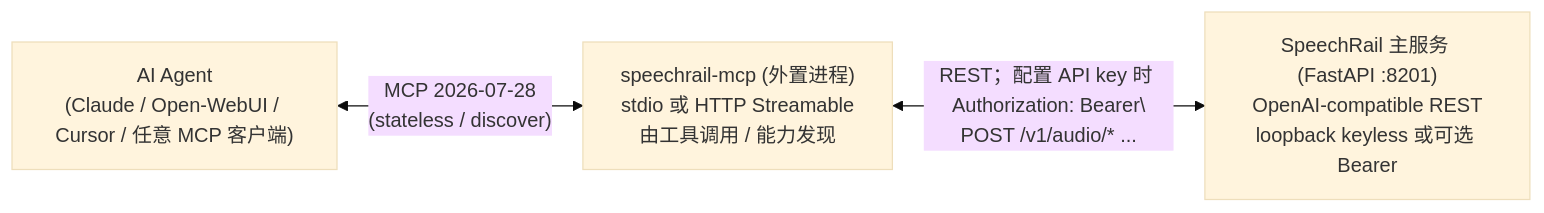
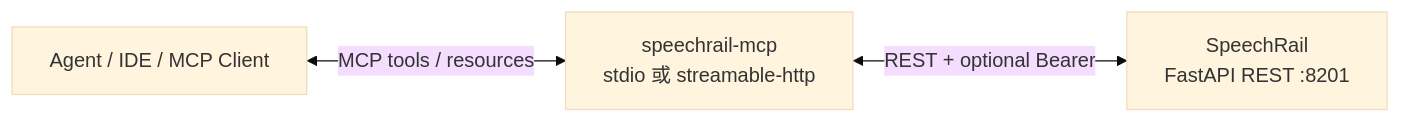
The first of 2 diagrams in docs/architecture/speechrail-mcp-proxy.md (hrygo/SpeechRail), drawn with Mermaid (base theme) before and after one commit. The commit also changed other lines of this file and 37 other files, not shown here.

````diff
--- a/docs/architecture/speechrail-mcp-proxy.md
+++ b/docs/architecture/speechrail-mcp-proxy.md
@@ -98,9 +34,8 @@
 ```mermaid
 flowchart LR
-    Agent["AI Agent\n(Claude / Open-WebUI / Cursor / 任意 MCP 客户端)"]
-    Proxy["speechrail-mcp (外置进程)\nstdio 或 HTTP Streamable\n由工具调用 / 能力发现"]
-    Rail["SpeechRail 主服务 (FastAPI :8201)\nOpenAI-compatible REST\nloopback keyless 或可选 Bearer"]
-
-    Agent <-->|"MCP 2026-07-28\n(stateless / discover)"| Proxy
-    Proxy <-->|"REST；配置 API key 时 Authorization: Bearer\\nPOST /v1/audio/* ..."| Rail
+    Agent["Agent / IDE / MCP Client"]
+    Proxy["speechrail-mcp\nstdio 或 streamable-http"]
+    Rail["SpeechRail\nFastAPI REST :8201"]
+    Agent <-->|"MCP tools / resources"| Proxy
+    Proxy <-->|"REST + optional Bearer"| Rail
 ```
````
